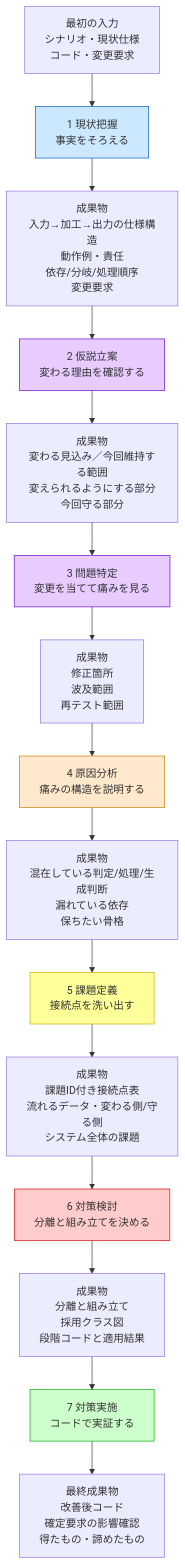
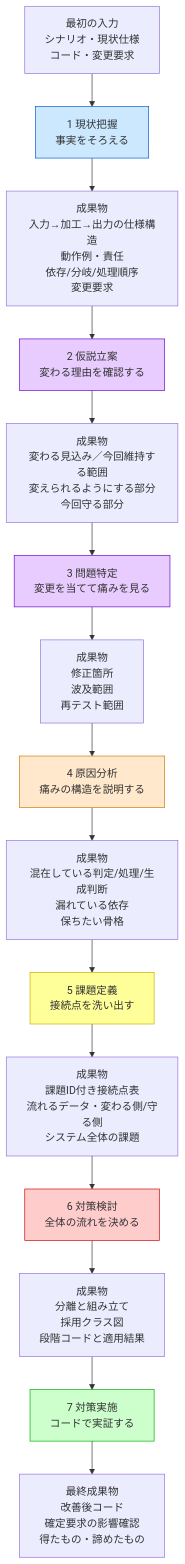
One commit to kumachan1101-pixel/DesignPattern changed the third of 9 diagrams in kindle/design-patterns/output/chapter00_2.md. Above: the diagram before and after it, drawn with Mermaid. The commit also changed other lines of this file and 29 other files, not shown here.

Commit message:
Revise countermeasure chapters around end-to-end flow

````diff
--- a/kindle/design-patterns/output/chapter00_2.md
+++ b/kindle/design-patterns/output/chapter00_2.md
@@ -177,41 +179,41 @@
 ```mermaid
 flowchart TB
     I0["最初の入力<br>シナリオ・現状仕様<br>コード・変更要求"]
 
     S1["1 現状把握<br>事実をそろえる"]
     O1["成果物<br>入力→加工→出力の仕様構造<br>動作例・責任<br>依存/分岐/処理順序<br>変更要求"]
 
     S2["2 仮説立案<br>変わる理由を確認する"]
     O2["成果物<br>変わる見込み／今回維持する範囲<br>変えられるようにする部分<br>今回守る部分"]
 
     S3["3 問題特定<br>変更を当てて痛みを見る"]
     O3["成果物<br>修正箇所<br>波及範囲<br>再テスト範囲"]
 
     S4["4 原因分析<br>痛みの構造を説明する"]
     O4["成果物<br>混在している判定/処理/生成判断<br>漏れている依存<br>保ちたい骨格"]
 
     S5["5 課題定義<br>接続点を洗い出す"]
     O5["成果物<br>課題ID付き接続点表<br>流れるデータ・変わる側/守る側<br>システム全体の課題"]
 
-    S6["6 対策検討<br>分離と組み立てを決める"]
+    S6["6 対策検討<br>全体の流れを決める"]
     O6["成果物<br>分離と組み立て<br>採用クラス図<br>段階コードと適用結果"]
 
     S7["7 対策実施<br>コードで実証する"]
     O7["最終成果物<br>改善後コード<br>確定要求の影響確認<br>得たもの・諦めたもの"]
 
     I0 --> S1 --> O1
     O1 --> S2 --> O2
     O2 --> S3 --> O3
     O3 --> S4 --> O4
     O4 --> S5 --> O5
     O5 --> S6 --> O6
     O6 --> S7 --> O7
 
     style S1 fill:#cce8ff,stroke:#0055cc
     style S2 fill:#e8ccff,stroke:#6600cc
     style S3 fill:#e8ccff,stroke:#6600cc
     style S4 fill:#ffe8cc,stroke:#cc7700
     style S5 fill:#ffff99,stroke:#ccaa00
     style S6 fill:#ffcccc,stroke:#cc0000
     style S7 fill:#ccffcc,stroke:#00aa00
 ```
````
